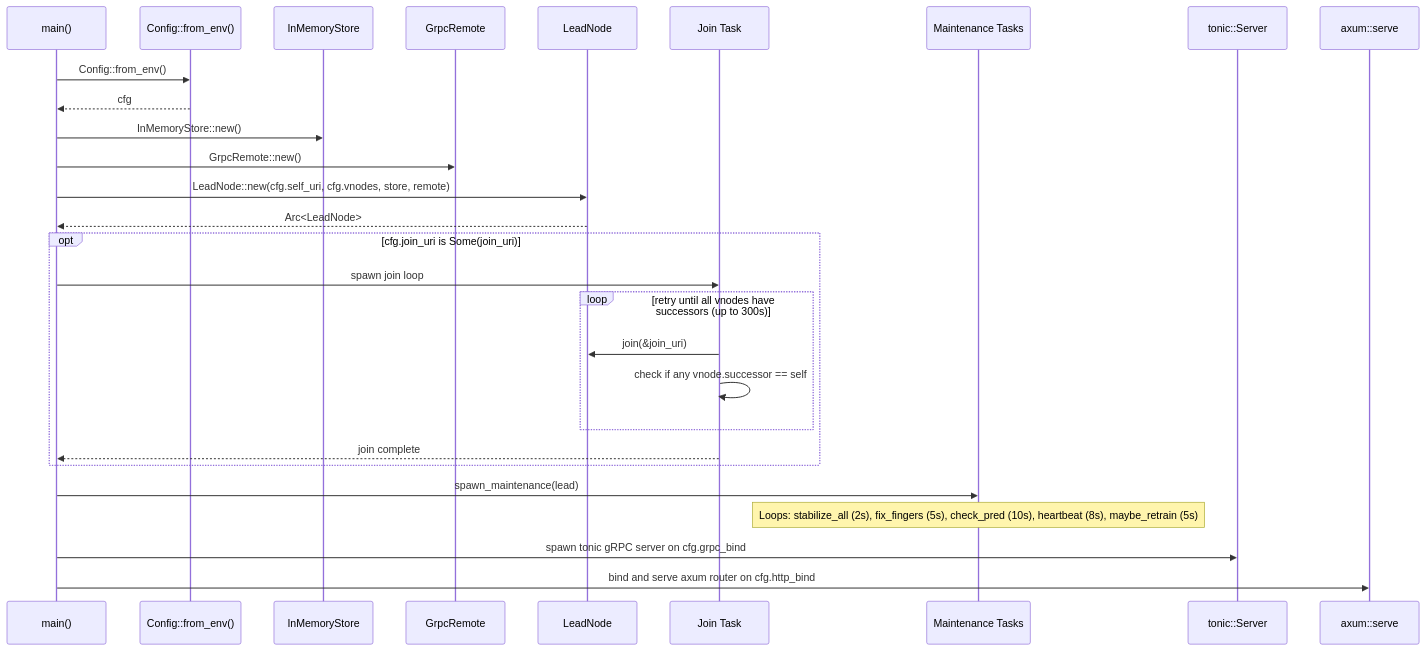
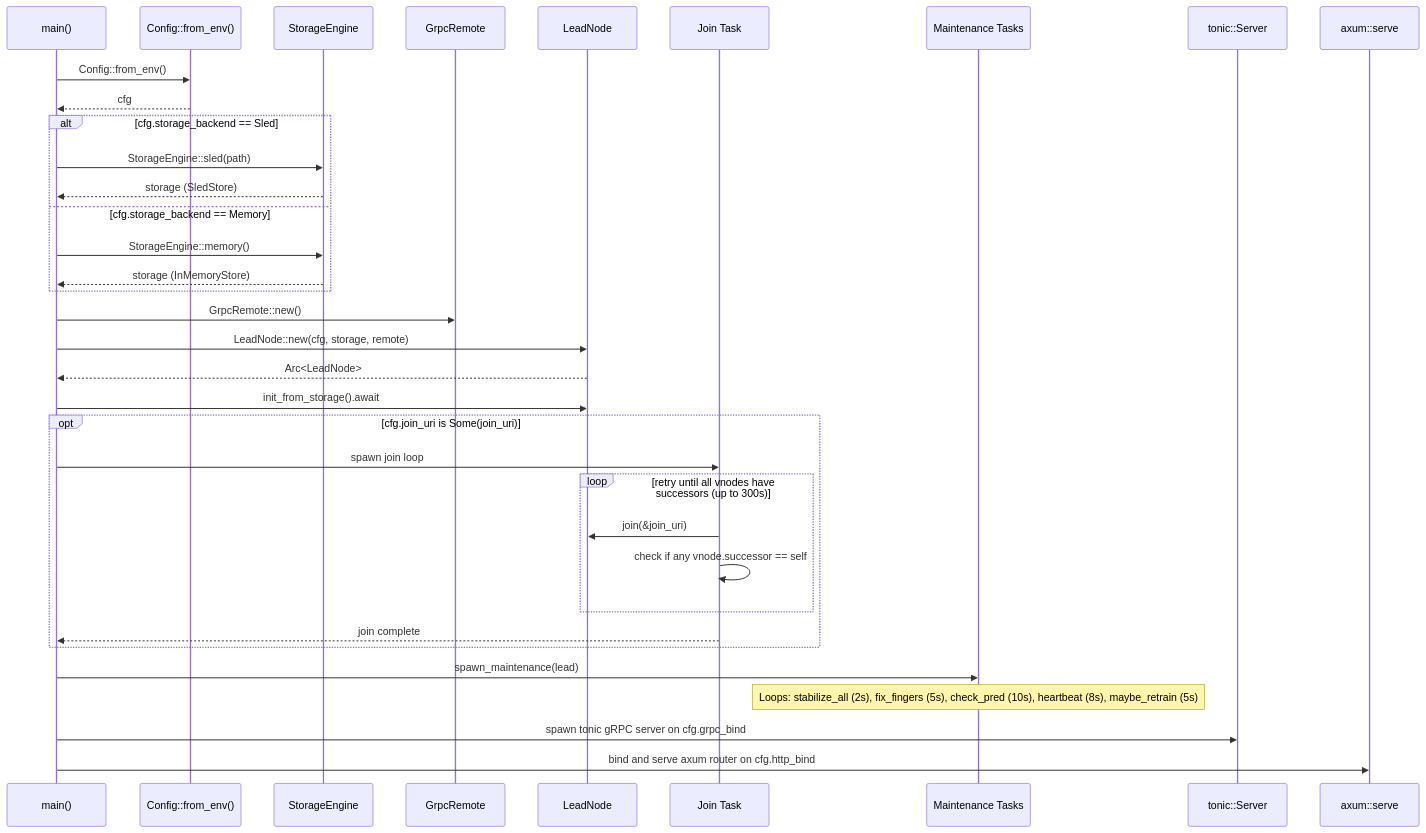
One commit to Mauragkas/thesis_grpc_lead_dga_cfd changed the diagram in lead/docs/sequence-diagrams/startup/sequence.mmd. Above: the diagram before and after it, drawn with Mermaid. The commit also changed 37 other files, not shown here.

First line of the commit message:
docs(architecture): synchronize domain models, use cases, and sequence diagrams with codebase

```diff
--- a/lead/docs/sequence-diagrams/startup/sequence.mmd
+++ b/lead/docs/sequence-diagrams/startup/sequence.mmd
@@ -1,33 +1,41 @@
 sequenceDiagram
     participant Main as main()
     participant Config as Config::from_env()
-    participant Store as InMemoryStore
+    participant Storage as StorageEngine
     participant Remote as GrpcRemote
     participant Lead as LeadNode
     participant Join as Join Task
     participant Maint as Maintenance Tasks
     participant Grpc as tonic::Server
     participant Http as axum::serve
 
     Main->>Config: Config::from_env()
     Config-->>Main: cfg
 
-    Main->>Store: InMemoryStore::new()
+    alt cfg.storage_backend == Sled
+        Main->>Storage: StorageEngine::sled(path)
+        Storage-->>Main: storage (SledStore)
+    else cfg.storage_backend == Memory
+        Main->>Storage: StorageEngine::memory()
+        Storage-->>Main: storage (InMemoryStore)
+    end
+
     Main->>Remote: GrpcRemote::new()
-    Main->>Lead: LeadNode::new(cfg.self_uri, cfg.vnodes, store, remote)
+    Main->>Lead: LeadNode::new(cfg, storage, remote)
     Lead-->>Main: Arc<LeadNode>
+    Main->>Lead: init_from_storage().await
 
     opt cfg.join_uri is Some(join_uri)
         Main->>Join: spawn join loop
         loop retry until all vnodes have successors (up to 300s)
             Join->>Lead: join(&join_uri)
             Join->>Join: check if any vnode.successor == self
         end
         Join-->>Main: join complete
     end
 
     Main->>Maint: spawn_maintenance(lead)
     Note over Maint: Loops: stabilize_all (2s), fix_fingers (5s), check_pred (10s), heartbeat (8s), maybe_retrain (5s)
 
     Main->>Grpc: spawn tonic gRPC server on cfg.grpc_bind
     Main->>Http: bind and serve axum router on cfg.http_bind
```
